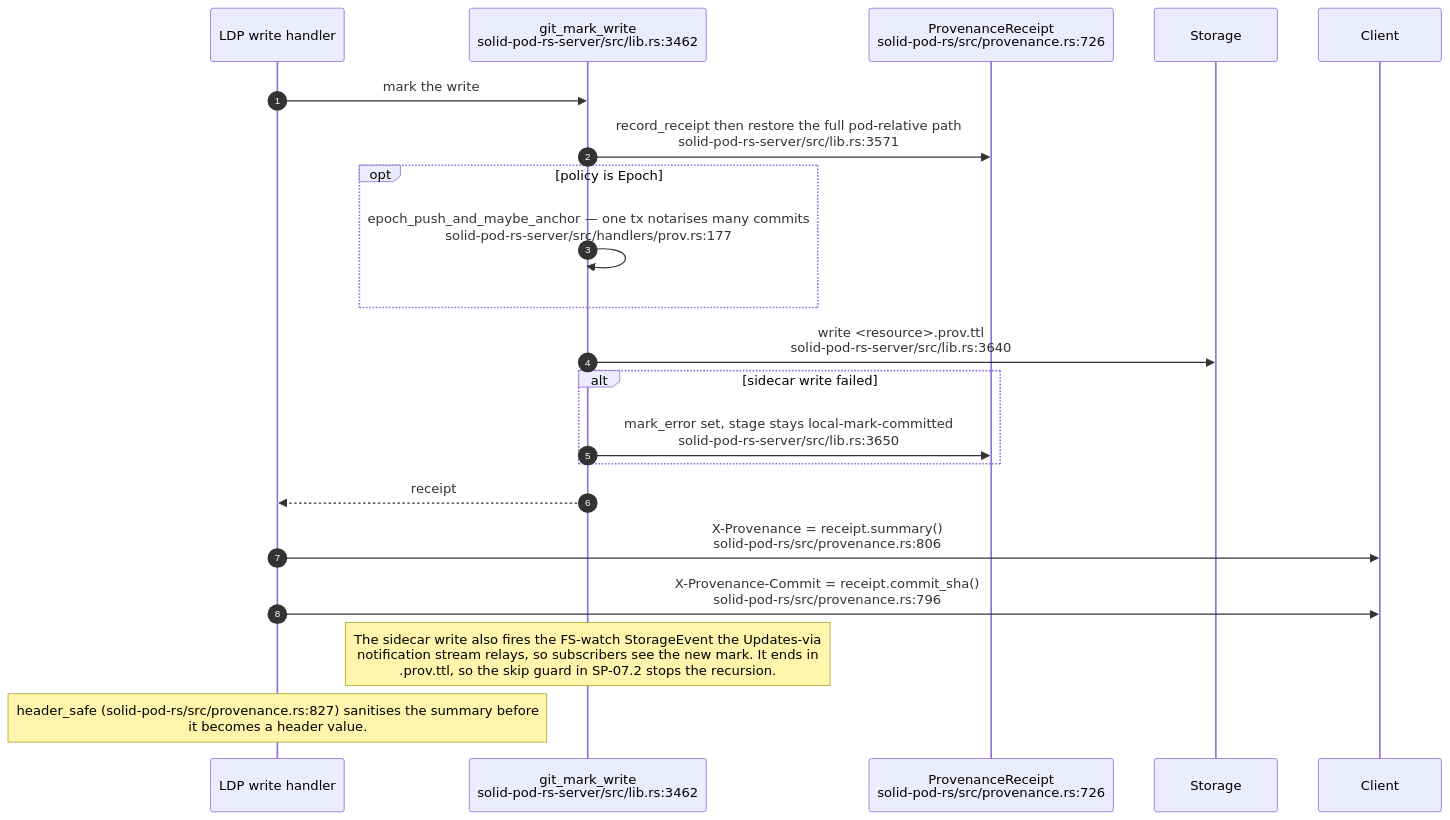
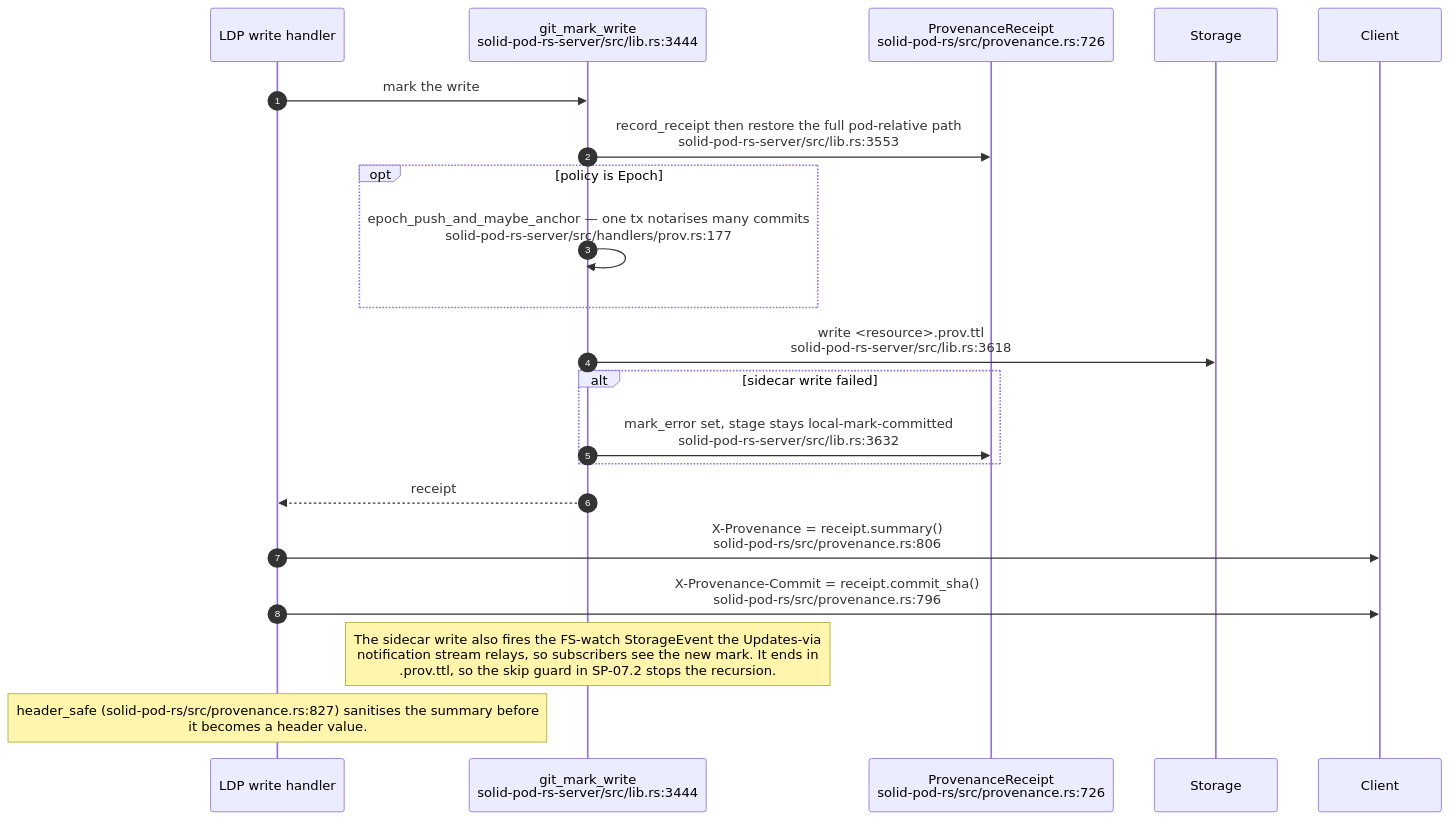
One commit to DreamLab-AI/VisionFlow changed the fifth of 17 diagrams in docs/diagrams/solid-pod-rs/07-provenance-and-payments.md. Above: the diagram before and after it, drawn with Mermaid. The commit also changed other lines of this file and 111 other files, not shown here.

Commit message:
docs(diagrams): align estate maps with current source

````diff
--- a/docs/diagrams/solid-pod-rs/07-provenance-and-payments.md
+++ b/docs/diagrams/solid-pod-rs/07-provenance-and-payments.md
@@ -154,24 +154,24 @@
 ```mermaid
 sequenceDiagram
     autonumber
     participant H as LDP write handler
-    participant G as git_mark_write<br/>solid-pod-rs-server/src/lib.rs:3462
+    participant G as git_mark_write<br/>solid-pod-rs-server/src/lib.rs:3444
     participant R as ProvenanceReceipt<br/>solid-pod-rs/src/provenance.rs:726
     participant S as Storage
     participant C as Client
 
     H->>G: mark the write
-    G->>R: record_receipt then restore the full pod-relative path<br/>solid-pod-rs-server/src/lib.rs:3571
+    G->>R: record_receipt then restore the full pod-relative path<br/>solid-pod-rs-server/src/lib.rs:3553
     opt policy is Epoch
         G->>G: epoch_push_and_maybe_anchor — one tx notarises many commits<br/>solid-pod-rs-server/src/handlers/prov.rs:177
     end
-    G->>S: write <resource>.prov.ttl<br/>solid-pod-rs-server/src/lib.rs:3640
+    G->>S: write <resource>.prov.ttl<br/>solid-pod-rs-server/src/lib.rs:3618
     alt sidecar write failed
-        G->>R: mark_error set, stage stays local-mark-committed<br/>solid-pod-rs-server/src/lib.rs:3650
+        G->>R: mark_error set, stage stays local-mark-committed<br/>solid-pod-rs-server/src/lib.rs:3632
     end
     G-->>H: receipt
     H->>C: X-Provenance = receipt.summary()<br/>solid-pod-rs/src/provenance.rs:806
     H->>C: X-Provenance-Commit = receipt.commit_sha()<br/>solid-pod-rs/src/provenance.rs:796
     Note over G: The sidecar write also fires the FS-watch StorageEvent the Updates-via<br/>notification stream relays, so subscribers see the new mark. It ends in<br/>.prov.ttl, so the skip guard in SP-07.2 stops the recursion.
     Note over H: header_safe (solid-pod-rs/src/provenance.rs:827) sanitises the summary before<br/>it becomes a header value.
 ```
````
